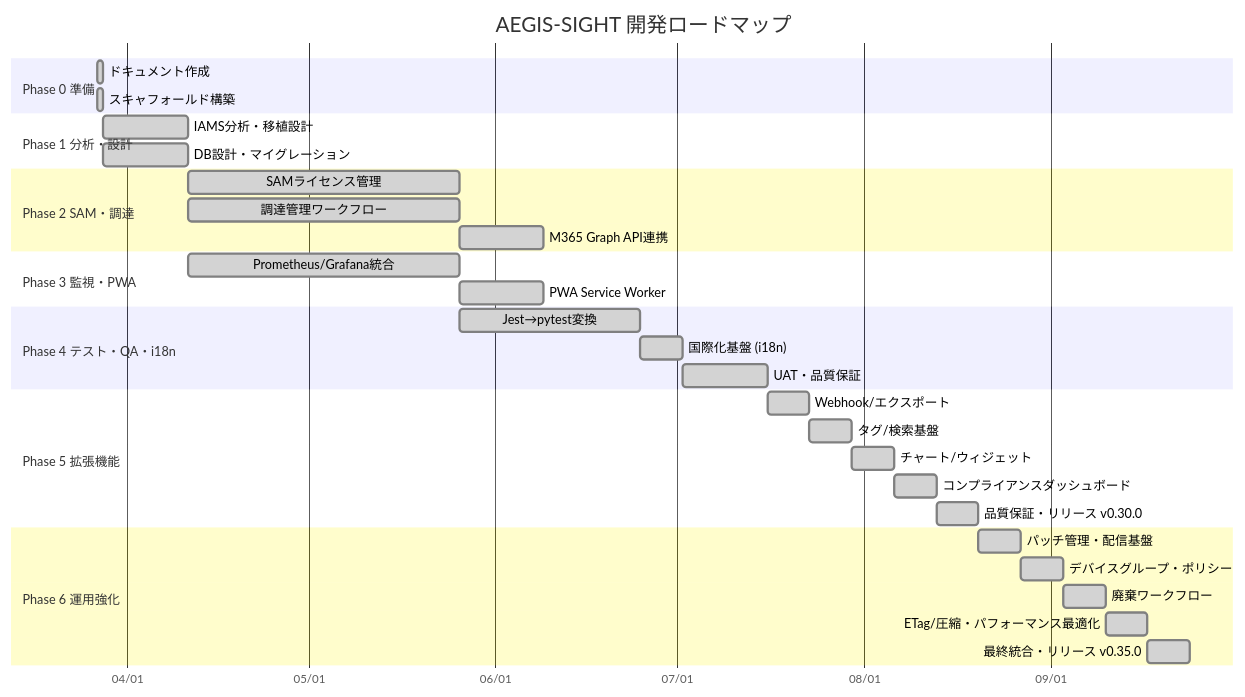
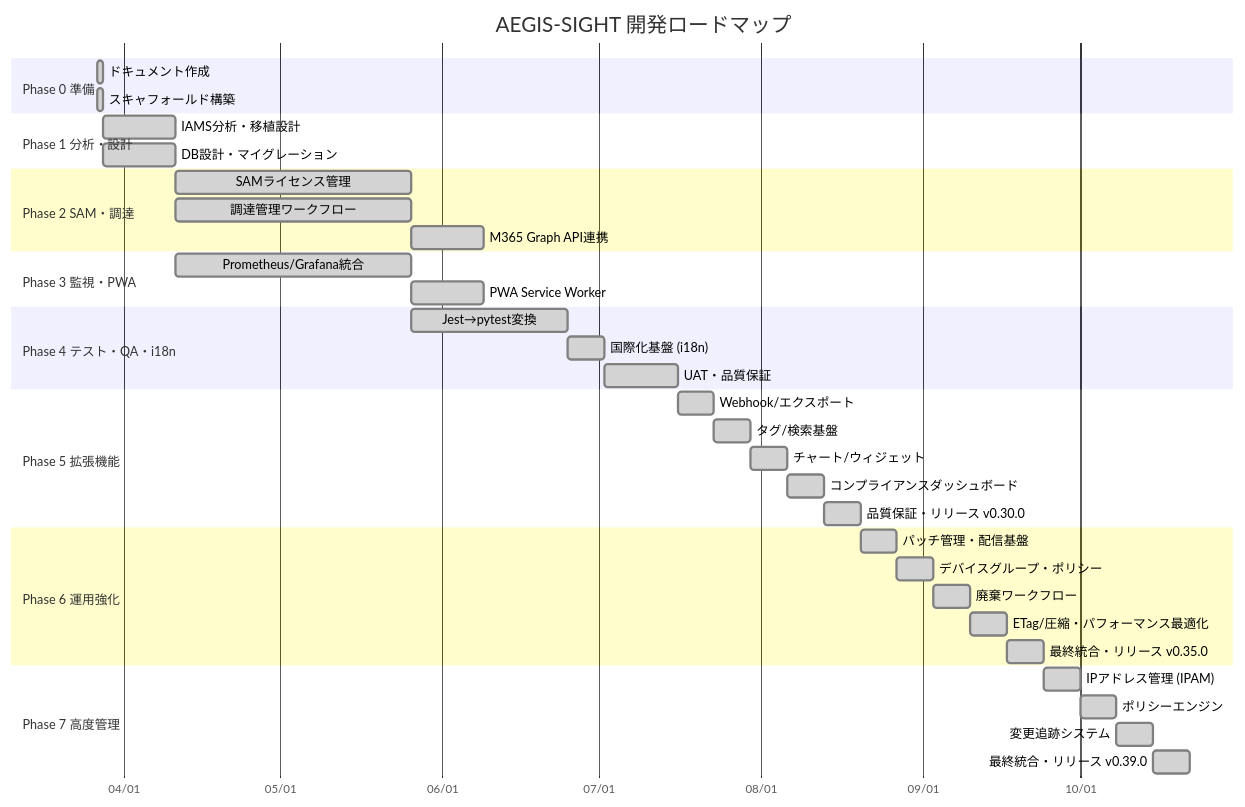
Before and after one commit to Kensan196948G/AEGIS-SIGHT: the second of 3 diagrams in README.md, drawn with Mermaid. The commit also changed other lines of this file and 3 other files, not shown here.

First line of the commit message:
Release v0.39.0: Phase 36-39 (IPAM, Policy Engine, Change Tracking)

````diff
--- a/README.md
+++ b/README.md
@@ -261,42 +264,48 @@
 ```mermaid
 gantt
     title AEGIS-SIGHT 開発ロードマップ
     dateFormat  YYYY-MM-DD
     axisFormat  %m/%d
 
     section Phase 0 準備
     ドキュメント作成           :done, p0a, 2026-03-27, 1d
     スキャフォールド構築       :done, p0b, 2026-03-27, 1d
 
     section Phase 1 分析・設計
     IAMS分析・移植設計         :done, p1a, 2026-03-28, 14d
     DB設計・マイグレーション   :done, p1b, 2026-03-28, 14d
 
     section Phase 2 SAM・調達
     SAMライセンス管理          :done, p2a, after p1a, 45d
     調達管理ワークフロー       :done, p2b, after p1a, 45d
     M365 Graph API連携         :done, p2c, after p2a, 14d
 
     section Phase 3 監視・PWA
     Prometheus/Grafana統合      :done, p3a, after p1a, 45d
     PWA Service Worker          :done, p3b, after p3a, 14d
 
     section Phase 4 テスト・QA・i18n
     Jest→pytest変換            :done, p4a, after p2a, 30d
     国際化基盤 (i18n)           :done, p4c, after p4a, 7d
     UAT・品質保証              :done, p4b, after p4c, 14d
 
     section Phase 5 拡張機能
     Webhook/エクスポート        :done, p5a, after p4b, 7d
     タグ/検索基盤               :done, p5b, after p5a, 7d
     チャート/ウィジェット       :done, p5c, after p5b, 7d
     コンプライアンスダッシュボード :done, p5d, after p5c, 7d
     品質保証・リリース v0.30.0  :done, p5e, after p5d, 7d
 
     section Phase 6 運用強化
     パッチ管理・配信基盤        :done, p6a, after p5e, 7d
     デバイスグループ・ポリシー  :done, p6b, after p6a, 7d
     廃棄ワークフロー            :done, p6c, after p6b, 7d
     ETag/圧縮・パフォーマンス最適化 :done, p6d, after p6c, 7d
     最終統合・リリース v0.35.0  :done, p6e, after p6d, 7d
+
+    section Phase 7 高度管理
+    IPアドレス管理 (IPAM)        :done, p7a, after p6e, 7d
+    ポリシーエンジン              :done, p7b, after p7a, 7d
+    変更追跡システム              :done, p7c, after p7b, 7d
+    最終統合・リリース v0.39.0    :done, p7d, after p7c, 7d
 ```
````
